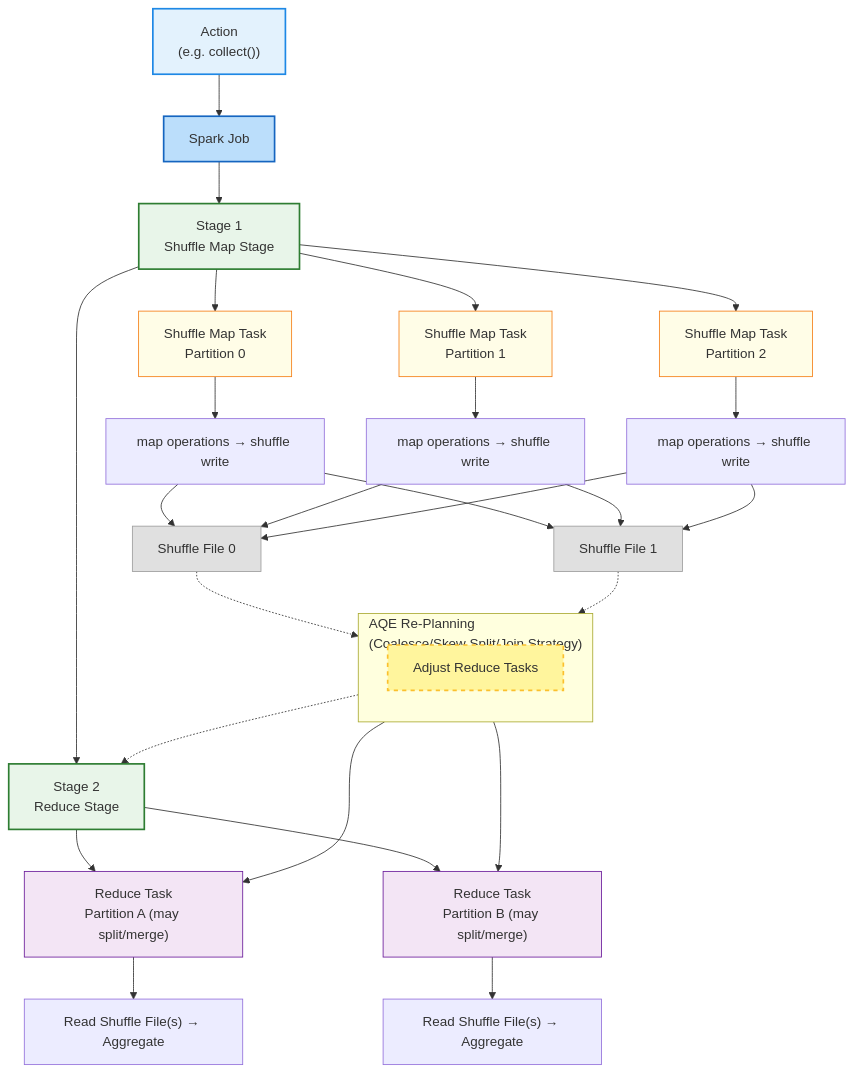
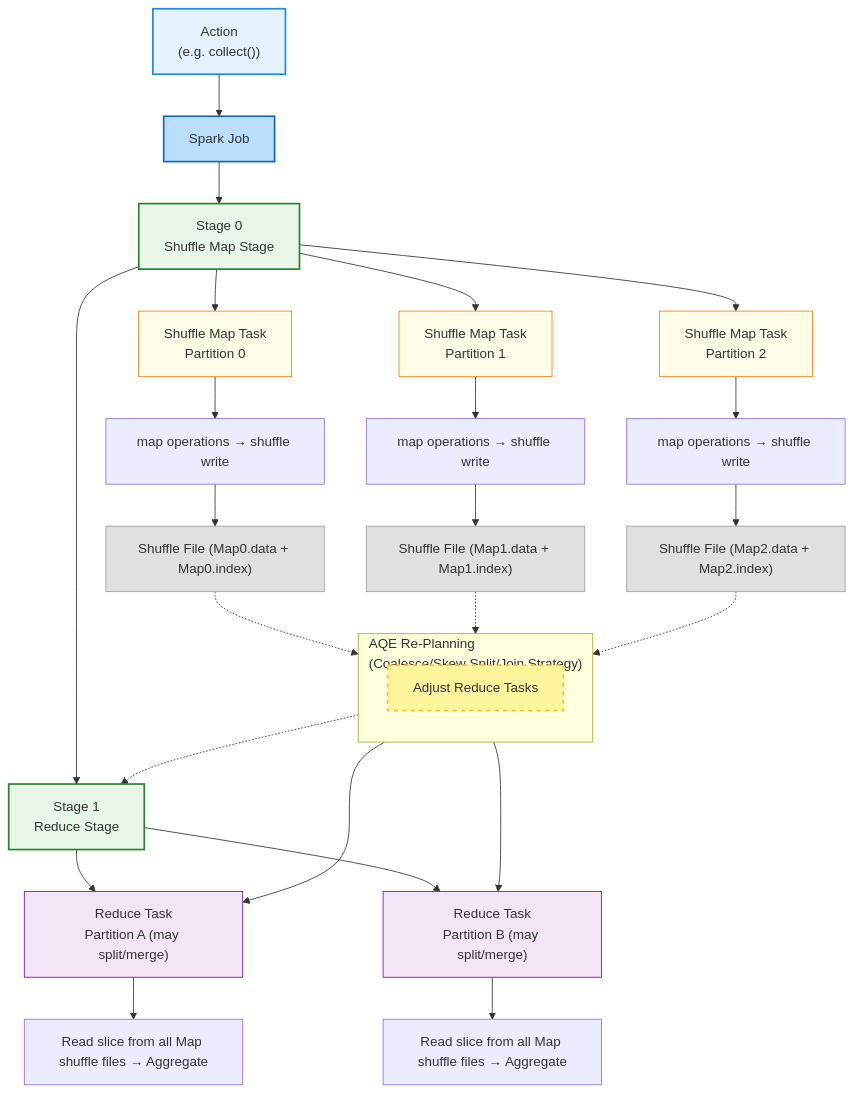
Before and after one commit to blaire101/Spark-Journey-2025: the second of 9 diagrams in README.md, drawn with Mermaid.

````diff
--- a/README.md
+++ b/README.md
@@ -96,68 +96,67 @@
 ```mermaid
 flowchart TD
     %% Action & Job
     A["Action<br>(e.g. collect())"]
     A --> Job["Spark Job"]
 
     %% Stages
-    Job --> Stage1["Stage 1<br>Shuffle Map Stage"]
-    Stage1 --> Stage2["Stage 2<br>Reduce Stage"]
+    Job --> Stage0["Stage 0<br>Shuffle Map Stage"]
+    Stage0 --> Stage1["Stage 1<br>Reduce Stage"]
 
-    %% Stage1 Tasks (3 input partitions)
-    Stage1 --> T1["Shuffle Map Task<br>Partition 0"]
-    Stage1 --> T2["Shuffle Map Task<br>Partition 1"]
-    Stage1 --> T3["Shuffle Map Task<br>Partition 2"]
+    %% Stage0 Tasks (3 input partitions)
+    Stage0 --> T1["Shuffle Map Task<br>Partition 0"]
+    Stage0 --> T2["Shuffle Map Task<br>Partition 1"]
+    Stage0 --> T3["Shuffle Map Task<br>Partition 2"]
 
     %% Task 内部 pipeline (map + shuffle write)
     T1 --> M1["map operations → shuffle write"]
     T2 --> M2["map operations → shuffle write"]
     T3 --> M3["map operations → shuffle write"]
 
-    %% Shuffle 文件 (浅灰色)
-    M1 --> SF0["Shuffle File 0"]
-    M1 --> SF1["Shuffle File 1"]
-    M2 --> SF0
-    M2 --> SF1
-    M3 --> SF0
-    M3 --> SF1
+    %% Shuffle 文件 (每个MapTask一组，灰色表示data+index)
+    M1 --> SF1["Shuffle File (Map0.data + Map0.index)"]
+    M2 --> SF2["Shuffle File (Map1.data + Map1.index)"]
+    M3 --> SF3["Shuffle File (Map2.data + Map2.index)"]
 
-    %% AQE 节点 (黄色虚线框，Stage2 reduce task 调整)
+    %% AQE 节点 (黄色虚线框，Stage1 reduce task 调整)
     subgraph AQE["AQE Re-Planning<br>(Coalesce/Skew Split/Join Strategy)"]
         direction TB
         AQE_T["Adjust Reduce Tasks"]
     end
-    SF0 -.-> AQE
     SF1 -.-> AQE
-    AQE -.-> Stage2
+    SF2 -.-> AQE
+    SF3 -.-> AQE
+    AQE -.-> Stage1
 
-    %% Stage2 Reduce Tasks (调整后)
+    %% Stage1 Reduce Tasks (调整后)
     AQE --> T4["Reduce Task<br>Partition A (may split/merge)"]
     AQE --> T5["Reduce Task<br>Partition B (may split/merge)"]
 
     %% Reduce task pipeline (说明节点，无色)
-    T4 --> R1["Read Shuffle File(s) → Aggregate"]
-    T5 --> R2["Read Shuffle File(s) → Aggregate"]
+    T4 --> R1["Read slice from all Map shuffle files → Aggregate"]
+    T5 --> R2["Read slice from all Map shuffle files → Aggregate"]
 
-    Stage2 --> T4
-    Stage2 --> T5
+    Stage1 --> T4
+    Stage1 --> T5
 
     %% Stage颜色
+    style Stage0 fill:#e8f5e9,stroke:#2e7d32,stroke-width:2px
     style Stage1 fill:#e8f5e9,stroke:#2e7d32,stroke-width:2px
-    style Stage2 fill:#e8f5e9,stroke:#2e7d32,stroke-width:2px
 
     %% Task颜色
     style T1 fill:#fffde7,stroke:#f57f17
     style T2 fill:#fffde7,stroke:#f57f17
     style T3 fill:#fffde7,stroke:#f57f17
     style T4 fill:#f3e5f5,stroke:#6a1b9a
     style T5 fill:#f3e5f5,stroke:#6a1b9a
     style AQE_T fill:#fff59d,stroke:#fbc02d,stroke-dasharray:5 5,stroke-width:2px
 
     %% Shuffle 文件颜色
-    style SF0 fill:#e0e0e0,stroke:#9e9e9e
     style SF1 fill:#e0e0e0,stroke:#9e9e9e
+    style SF2 fill:#e0e0e0,stroke:#9e9e9e
+    style SF3 fill:#e0e0e0,stroke:#9e9e9e
 
     %% Action & Job 颜色
     style A fill:#e3f2fd,stroke:#1e88e5,stroke-width:2px
     style Job fill:#bbdefb,stroke:#1565c0,stroke-width:2px
 ```
````
